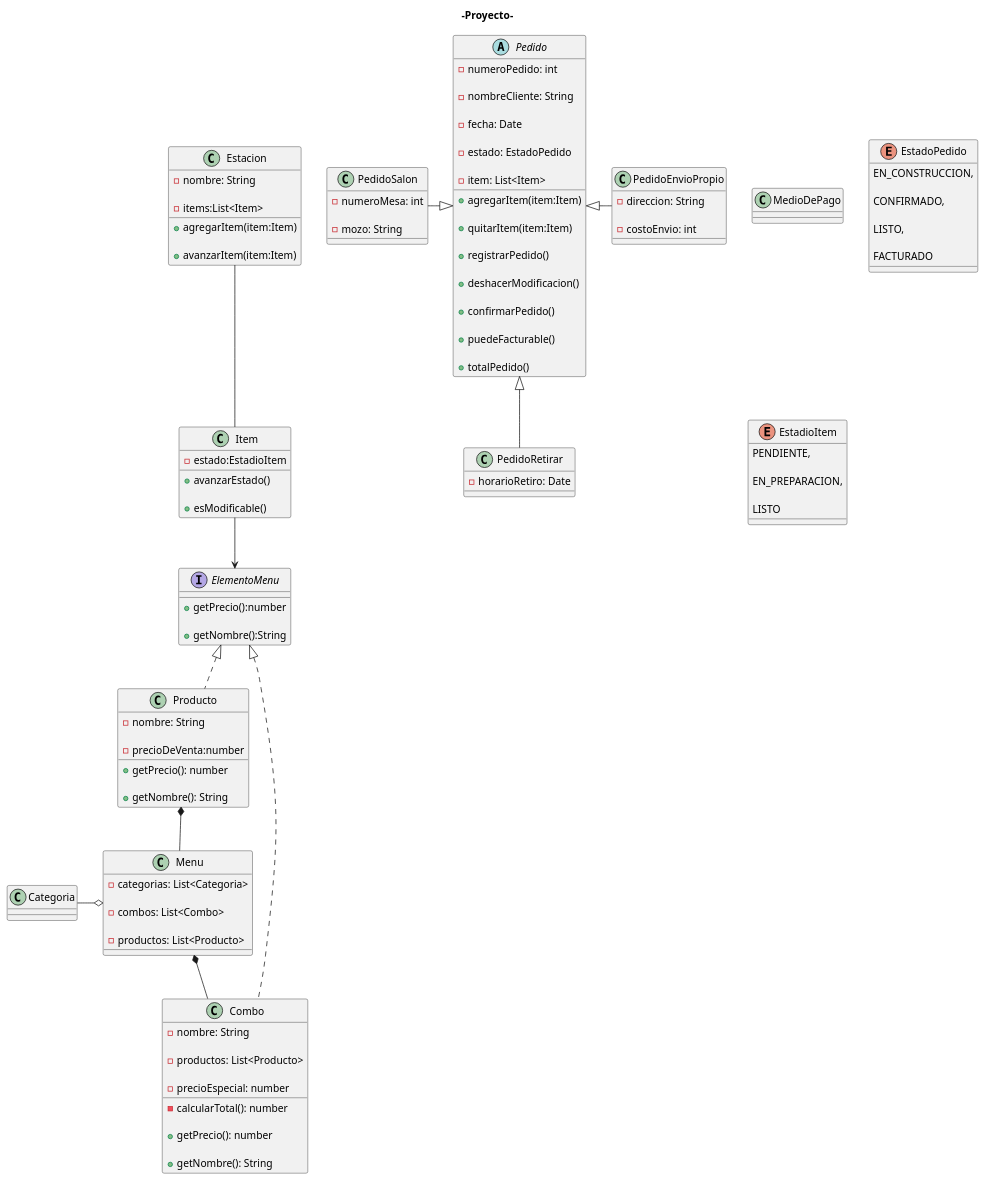
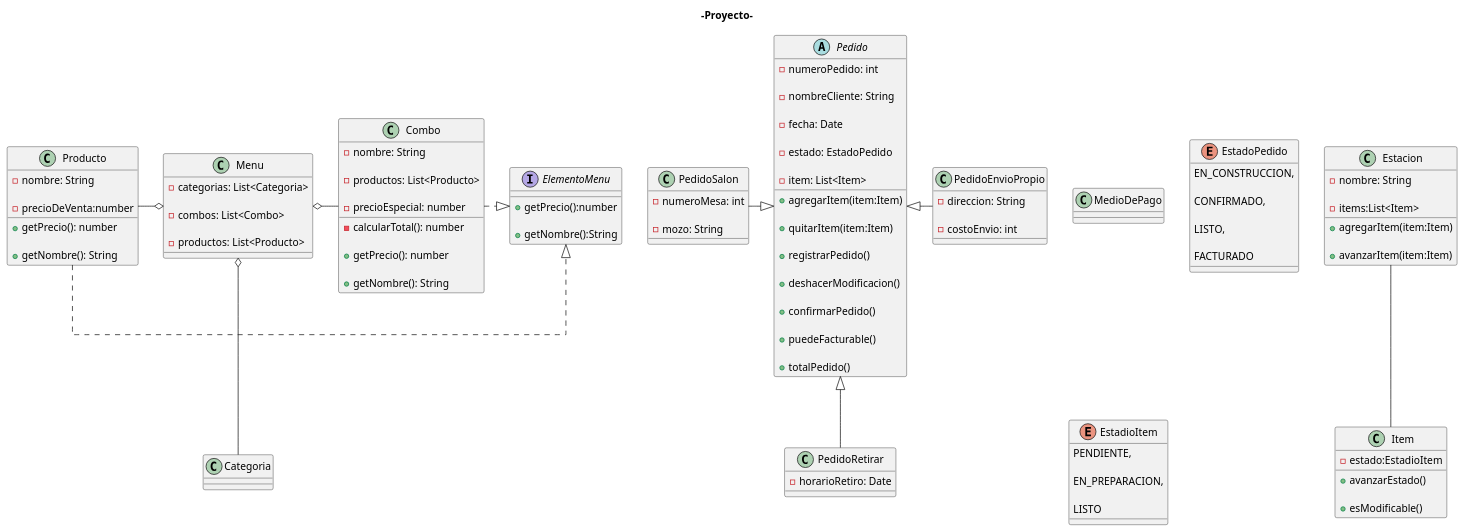
The diagram in diagramas/diagramas.puml (JuanJauregui2014/Tp-cuatrimestral-programacion-II), drawn with PlantUML before and after one commit.

Commit message:
Diagrama y clase 'Combo' listos

```diff
--- a/diagramas/diagramas.puml
+++ b/diagramas/diagramas.puml
@@ -1,6 +1,8 @@
 @startuml
 
 title -Proyecto-
+
+skinparam linetype ortho
 
 interface ElementoMenu {
 
@@ -82,7 +84,7 @@
 
 }
 
-class Producto implements ElementoMenu{
+class Producto{
 
     -nombre: String
 
@@ -100,7 +102,7 @@
 
 }
 
-class Combo implements ElementoMenu {
+class Combo {
 
     -nombre: String
 
@@ -188,14 +190,18 @@
 
 Pedido <|-r- PedidoEnvioPropio
 
-Menu o-l- Categoria
+Menu o-- Categoria
 
-Producto *-d- Menu
+Menu o-l- Producto
 
-Menu *-- Combo
+Menu o-r- Combo
+
+ElementoMenu <|.l. Producto
+
+ElementoMenu <|.l. Combo
 
 Estacion -- Item
 
-Item --> ElementoMenu
+'Item --> ElementoMenu
 
 @enduml
```
